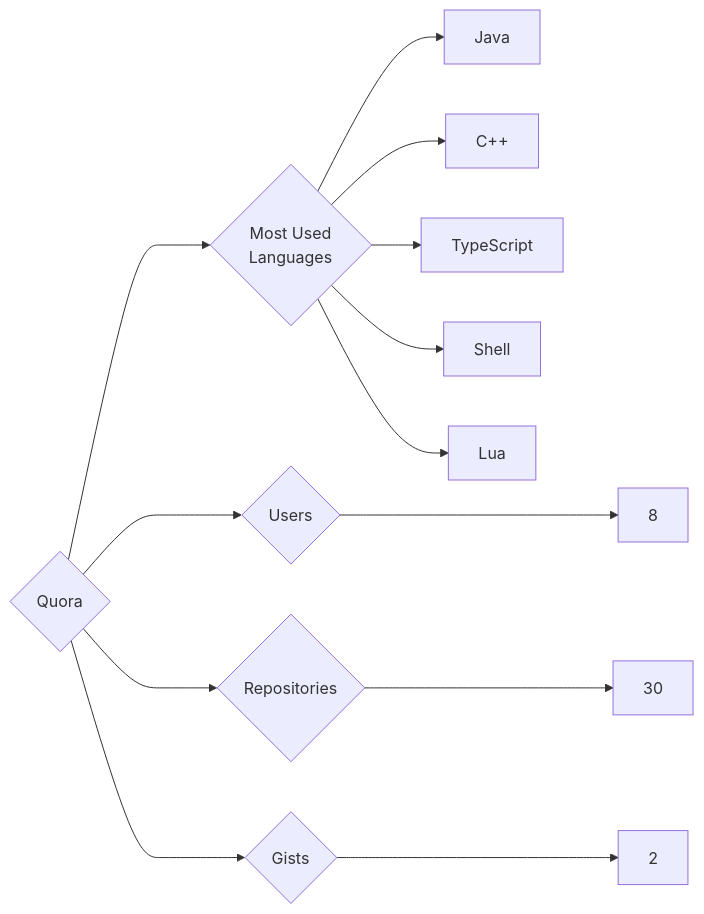
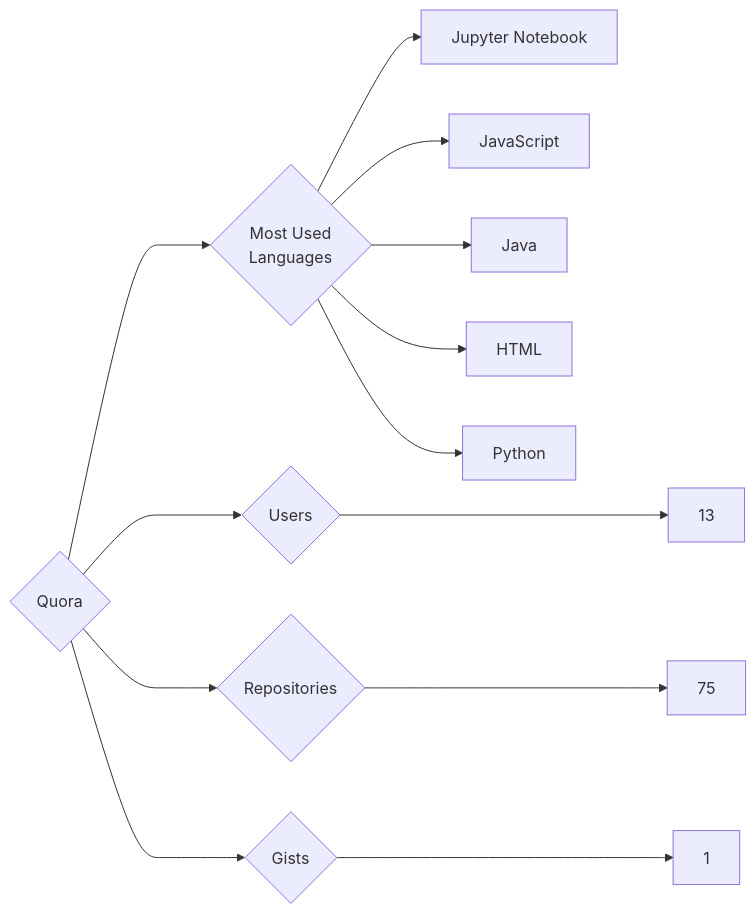
One commit to trickest/insiders changed the diagram in targets/Quora/README.md. Above: the diagram before and after it, drawn with Mermaid. The commit also changed 1696 other files, not shown here.

````diff
--- a/targets/Quora/README.md
+++ b/targets/Quora/README.md
@@ -3,13 +3,13 @@
 ```mermaid
 graph LR
 COMPANY_NAME{Quora}
-COMPANY_NAME ---> U{Users} ---> UN[8]
-COMPANY_NAME ---> R{Repositories} ---> RN[30]
-COMPANY_NAME ---> G{Gists} ---> GN[2]
+COMPANY_NAME ---> U{Users} ---> UN[13]
+COMPANY_NAME ---> R{Repositories} ---> RN[75]
+COMPANY_NAME ---> G{Gists} ---> GN[1]
 COMPANY_NAME ---> ML{Most Used<br>Languages}
+ML --> Jupyter_Notebook[Jupyter Notebook]
+ML --> JavaScript[JavaScript]
 ML --> Java[Java]
-ML --> C++[C++]
-ML --> TypeScript[TypeScript]
-ML --> Shell[Shell]
-ML --> Lua[Lua]
+ML --> HTML[HTML]
+ML --> Python[Python]
 ```
````
